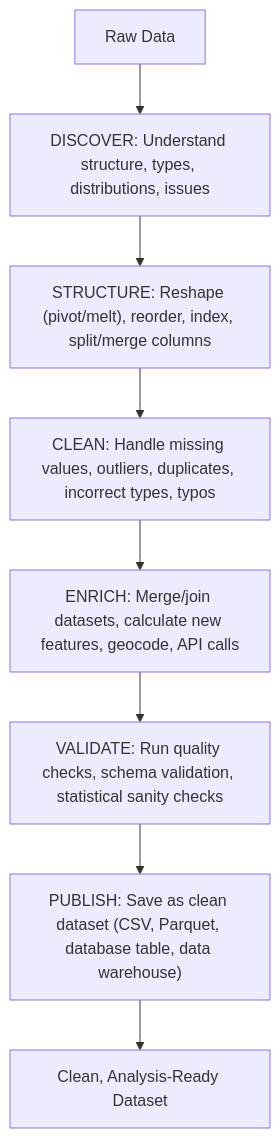
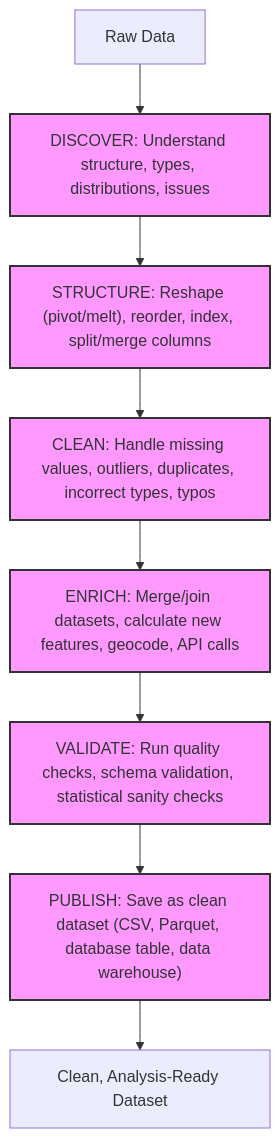
The diagram in README.md (amantaya/Data-Wrangling-Guest-Lecture), drawn with Mermaid before and after one commit.

Commit message:
docs: add publish step to data wrangling flowchart and style nodes for clarity

````diff
--- a/README.md
+++ b/README.md
@@ -15,10 +15,14 @@
 ```mermaid
 flowchart TD
     A["Raw Data"] --> B["DISCOVER: Understand structure, types, distributions, issues"]
     B --> C["STRUCTURE: Reshape (pivot/melt), reorder, index, split/merge columns"]
     C --> D["CLEAN: Handle missing values, outliers, duplicates, incorrect types, typos"]
     D --> E["ENRICH: Merge/join datasets, calculate new features, geocode, API calls"]
     E --> F["VALIDATE: Run quality checks, schema validation, statistical sanity checks"]
     F --> G["PUBLISH: Save as clean dataset (CSV, Parquet, database table, data warehouse)"]
     G --> H["Clean, Analysis-Ready Dataset"]
+
+    %% Style nodes
+    classDef desc fill:#f9f,stroke:#333,stroke-width:2px;
+    class B,C,D,E,F,G desc;
 ```
````
